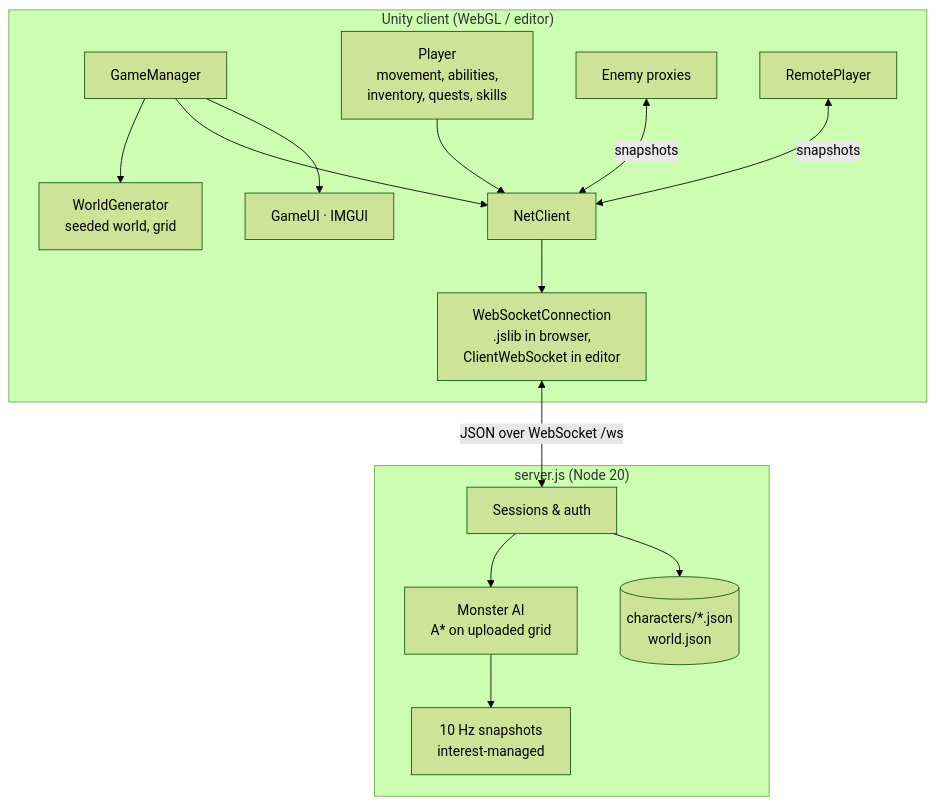
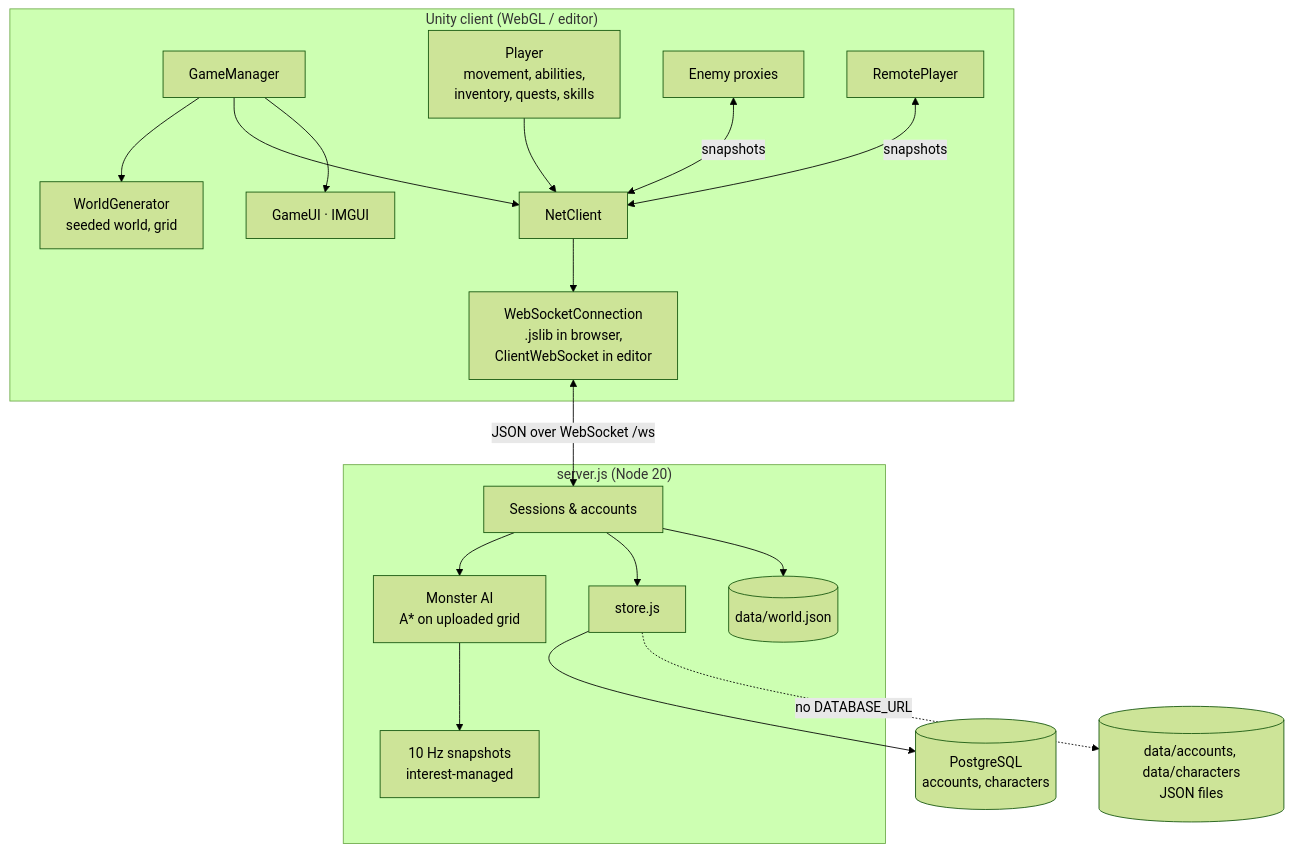
One commit to Ole-JH/ai-water-meter changed the diagram in Shadowfall/docs/architecture/overview.md. Above: the diagram before and after it, drawn with Mermaid (forest theme). The commit also changed other lines of this file and 36 other files, not shown here.

````diff
--- a/Shadowfall/docs/architecture/overview.md
+++ b/Shadowfall/docs/architecture/overview.md
@@ -3,18 +3,21 @@
 ```mermaid
 flowchart TB
   subgraph Client["Unity client (WebGL / editor)"]
     GM[GameManager] --> WG[WorldGenerator<br/>seeded world, grid]
     GM --> NC[NetClient]
     GM --> UI[GameUI · IMGUI]
     P[Player<br/>movement, abilities,<br/>inventory, quests, skills] --> NC
     E[Enemy proxies] <-- snapshots --> NC
     RP[RemotePlayer] <-- snapshots --> NC
     NC --> WS[WebSocketConnection<br/>.jslib in browser,<br/>ClientWebSocket in editor]
   end
   WS <-- "JSON over WebSocket /ws" --> SRV
   subgraph Server["server.js (Node 20)"]
-    SRV[Sessions & auth] --> MON[Monster AI<br/>A* on uploaded grid]
-    SRV --> PERSIST[(characters/*.json<br/>world.json)]
+    SRV[Sessions & accounts] --> MON[Monster AI<br/>A* on uploaded grid]
+    SRV --> STORE[store.js]
+    SRV --> WORLD[(data/world.json)]
     MON --> SNAP[10 Hz snapshots<br/>interest-managed]
   end
+  STORE --> PG[(PostgreSQL<br/>accounts, characters)]
+  STORE -. "no DATABASE_URL" .-> FILES[(data/accounts, data/characters<br/>JSON files)]
 ```
````
